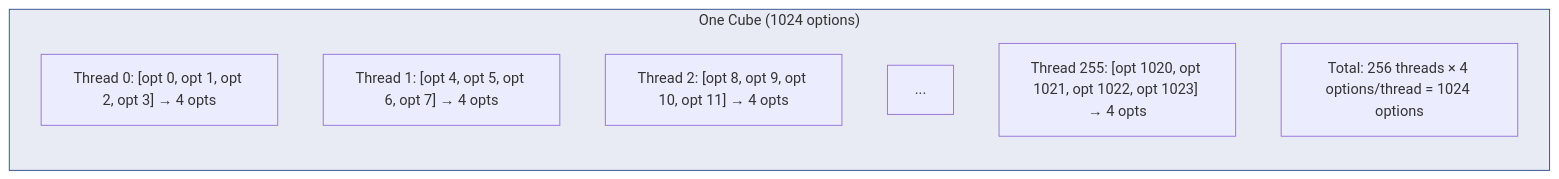
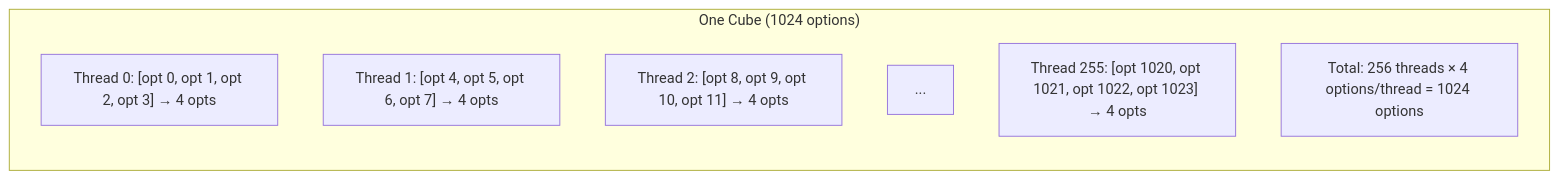
Before and after one commit to alirezaazadi/renoir: diagram 13 of 45 in docs/GPU_MAP_OPERATOR.md, drawn with Mermaid. The commit also changed other lines of this file, not shown here.

Commit message:
doc: fix the mermaid charts issues

````diff
--- a/docs/GPU_MAP_OPERATOR.md
+++ b/docs/GPU_MAP_OPERATOR.md
@@ -1162,14 +1127,12 @@
 ```mermaid
 flowchart TB
     subgraph CUBE["One Cube (1024 options)"]
         direction TB
         T0["Thread 0: [opt 0, opt 1, opt 2, opt 3] → 4 opts"]
         T1["Thread 1: [opt 4, opt 5, opt 6, opt 7] → 4 opts"]
         T2["Thread 2: [opt 8, opt 9, opt 10, opt 11] → 4 opts"]
         TDOTS["..."]
         T255["Thread 255: [opt 1020, opt 1021, opt 1022, opt 1023] → 4 opts"]
         TOTAL["Total: 256 threads × 4 options/thread = 1024 options"]
     end
-
-    style CUBE fill:#e8eaf4,stroke:#2d4a86
 ```
````
